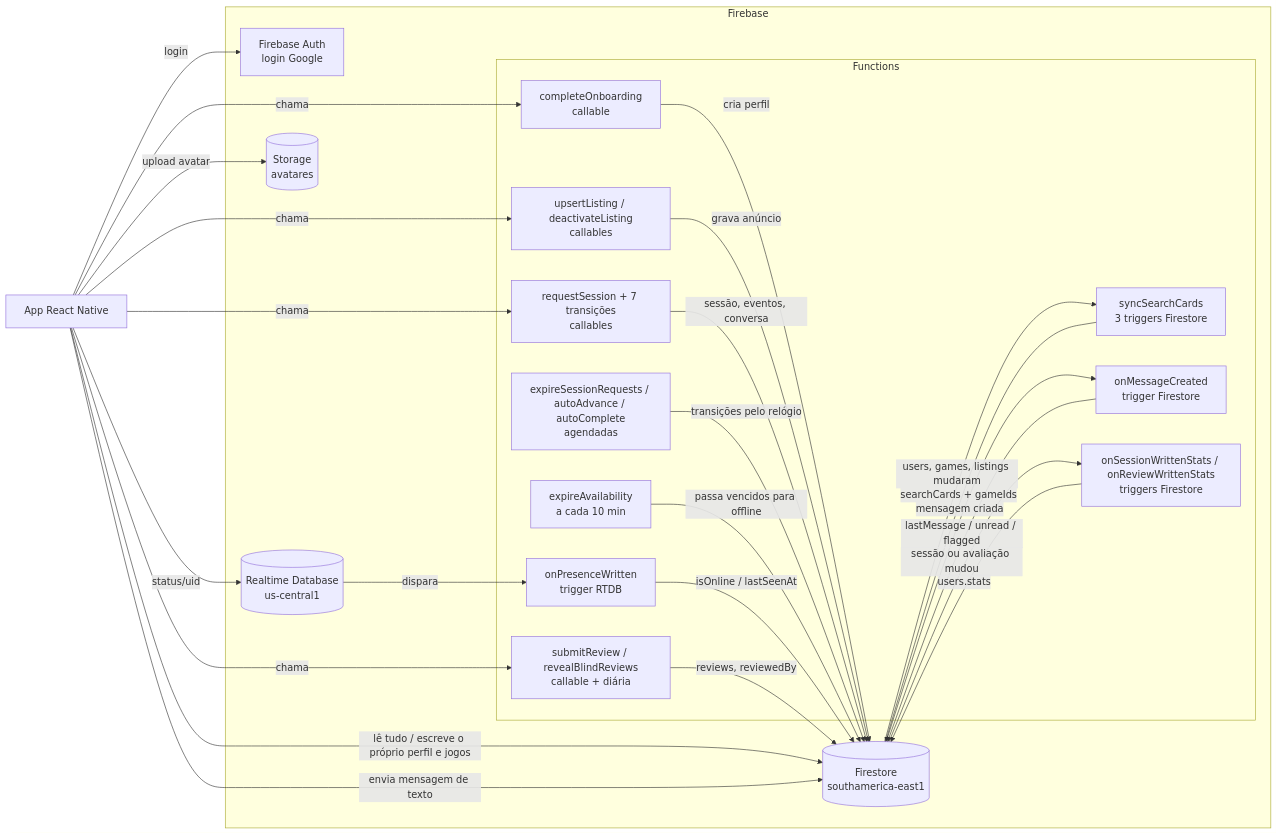
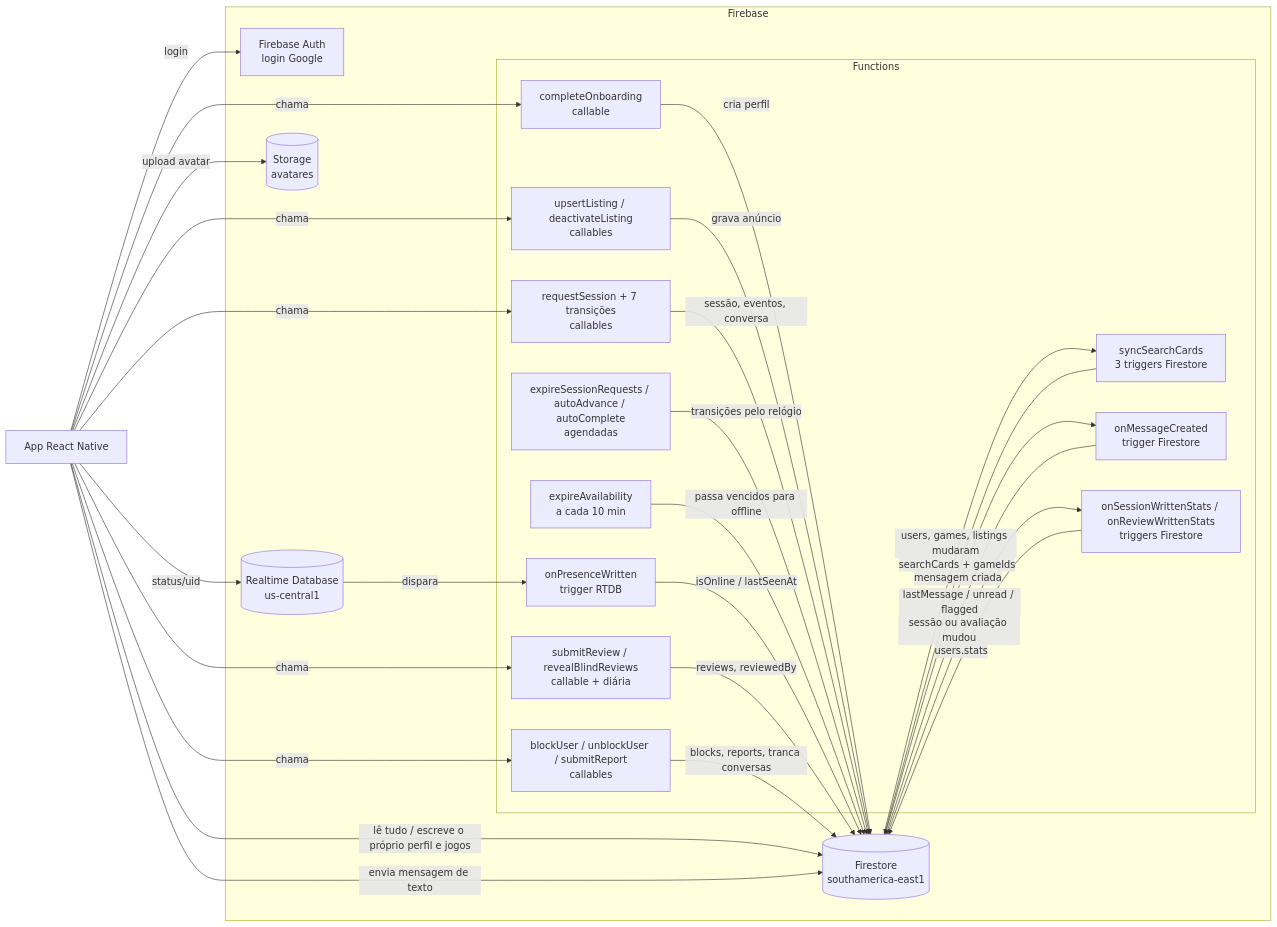
The diagram in docs/DOCs.md (BMTeam-dev/player_two_backend), drawn with Mermaid before and after one commit. The commit also changed other lines of this file and 11 other files, not shown here.

First line of the commit message:
Adiciona bloquear e denunciar: blockUser, unblockUser e submitReport (tarefa 31) (#18)

````diff
--- a/docs/DOCs.md
+++ b/docs/DOCs.md
@@ -47,47 +48,50 @@
 ```mermaid
 flowchart LR
   App[App React Native]
 
   subgraph Firebase
     Auth[Firebase Auth<br/>login Google]
     FS[(Firestore<br/>southamerica-east1)]
     RTDB[(Realtime Database<br/>us-central1)]
     ST[(Storage<br/>avatares)]
     subgraph Functions
       CO[completeOnboarding<br/>callable]
       EA[expireAvailability<br/>a cada 10 min]
       PW[onPresenceWritten<br/>trigger RTDB]
       SC[syncSearchCards<br/>3 triggers Firestore]
       LI[upsertListing / deactivateListing<br/>callables]
       SE[requestSession + 7 transições<br/>callables]
       SA[expireSessionRequests / autoAdvance / autoComplete<br/>agendadas]
       MC[onMessageCreated<br/>trigger Firestore]
       RV[submitReview / revealBlindReviews<br/>callable + diária]
       ST2[onSessionWrittenStats / onReviewWrittenStats<br/>triggers Firestore]
+      SF[blockUser / unblockUser / submitReport<br/>callables]
     end
   end
 
   App -- login --> Auth
   App -- lê tudo / escreve o próprio perfil e jogos --> FS
   App -- status/uid --> RTDB
   App -- upload avatar --> ST
   App -- chama --> CO
   CO -- cria perfil --> FS
   App -- chama --> LI
   LI -- grava anúncio --> FS
   App -- chama --> SE
   SE -- sessão, eventos, conversa --> FS
   SA -- transições pelo relógio --> FS
   EA -- passa vencidos para offline --> FS
   RTDB -- dispara --> PW
   PW -- isOnline / lastSeenAt --> FS
   FS -- users, games, listings mudaram --> SC
   SC -- searchCards + gameIds --> FS
   App -- envia mensagem de texto --> FS
   FS -- mensagem criada --> MC
   MC -- lastMessage / unread / flagged --> FS
   App -- chama --> RV
   RV -- reviews, reviewedBy --> FS
   FS -- sessão ou avaliação mudou --> ST2
   ST2 -- users.stats --> FS
+  App -- chama --> SF
+  SF -- blocks, reports, tranca conversas --> FS
 ```
````
